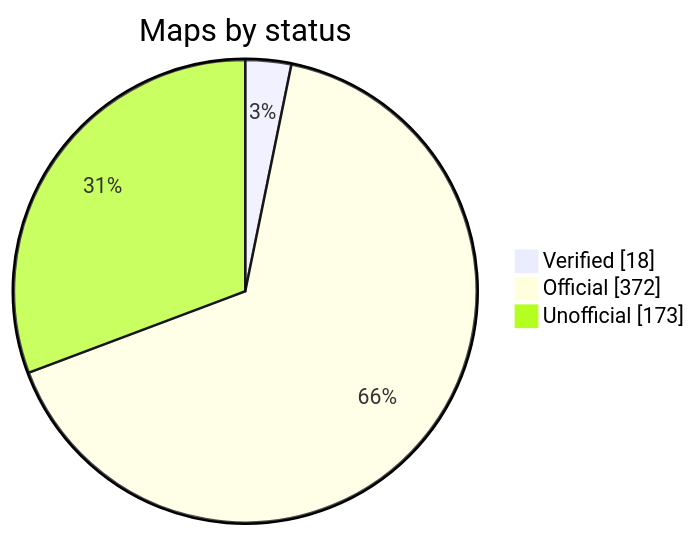
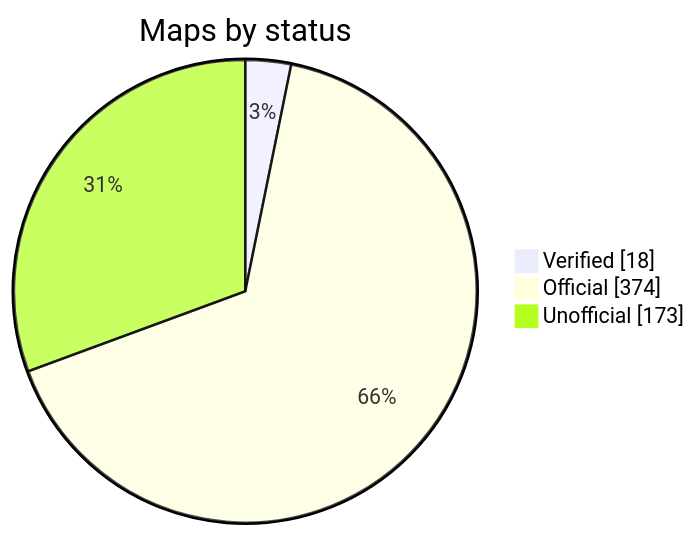
One commit to nobrega8/mbmap-library changed the diagram in README.md. Above: the diagram before and after it, drawn with Mermaid. The commit also changed 7 other files, not shown here.

````diff
--- a/README.md
+++ b/README.md
@@ -52,7 +52,7 @@
 ```mermaid
 pie showData
     title Maps by status
     "Verified" : 18
-    "Official" : 372
+    "Official" : 374
     "Unofficial" : 173
 ```
````
